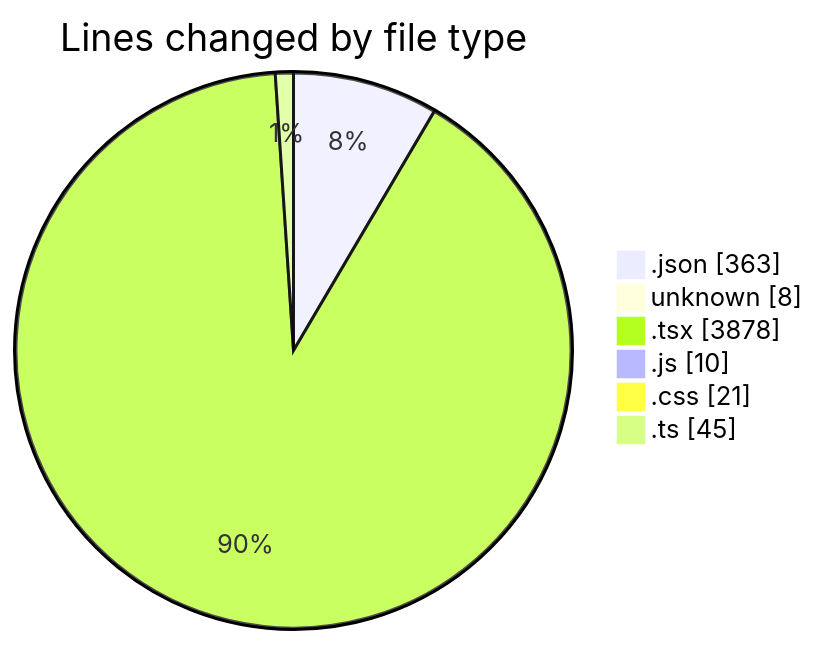
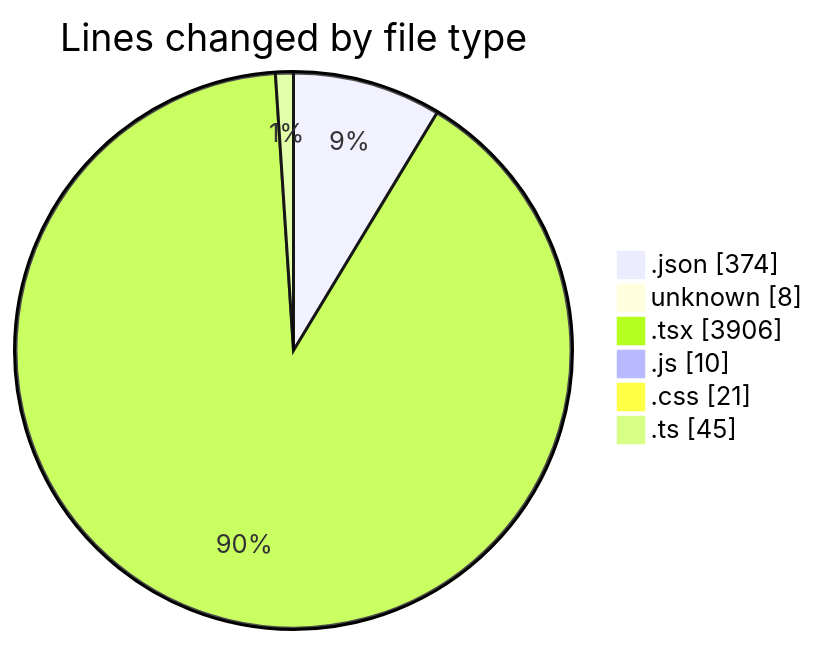
One commit to Elitesun/code-tracking changed the first of 2 diagrams in 2025-05-02/niten/README.md. Above: the diagram before and after it, drawn with Mermaid. The commit also changed other lines of this file and 1 other file, not shown here.

````diff
--- a/2025-05-02/niten/README.md
+++ b/2025-05-02/niten/README.md
@@ -53,10 +54,10 @@
 ```mermaid
 pie showData
 title Lines changed by file type
-".json" : 363
+".json" : 374
 "unknown" : 8
-".tsx" : 3878
+".tsx" : 3906
 ".js" : 10
 ".css" : 21
 ".ts" : 45
 ```
````
